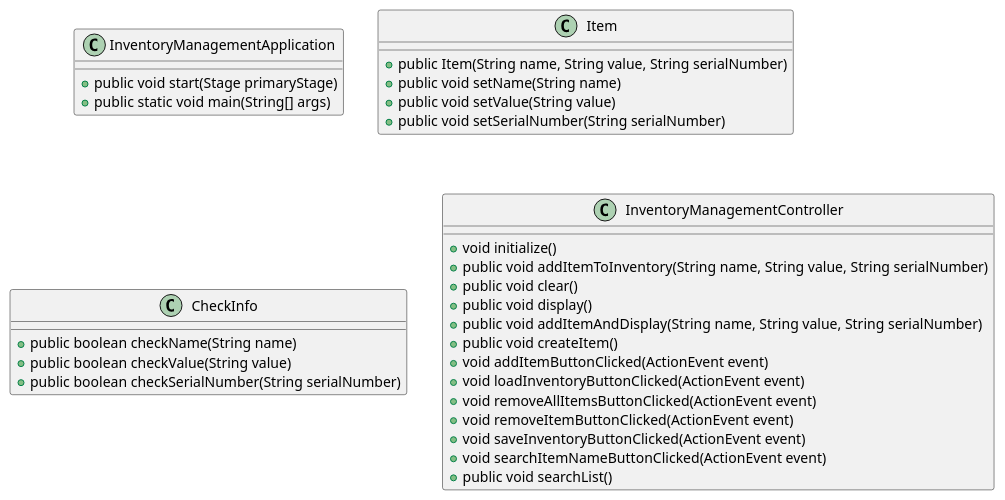
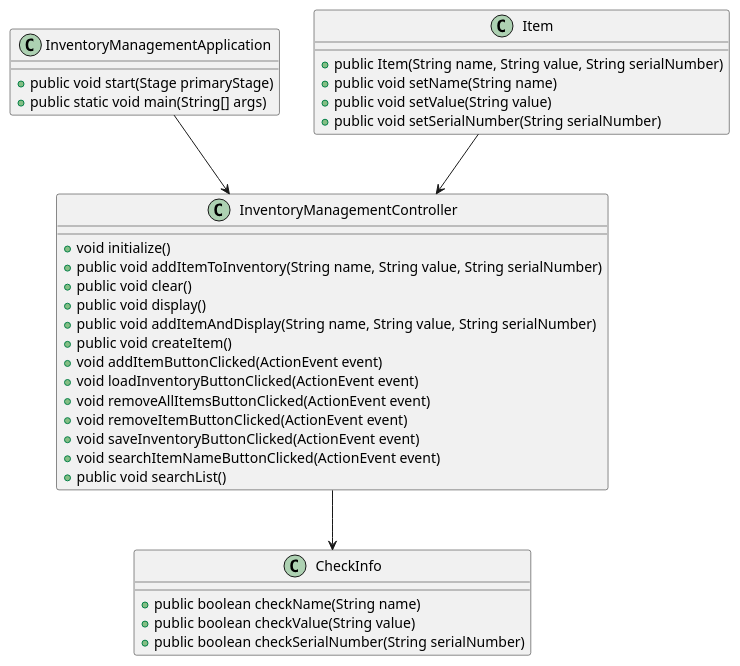
Before and after one commit to FareedAlly/Ally-app2: the diagram in docs/diagram.puml, drawn with PlantUML. The commit also changed 2 other files, not shown here.

```diff
--- a/docs/diagram.puml
+++ b/docs/diagram.puml
@@ -1,42 +1,46 @@
 @startuml
 
 class InventoryManagementApplication
 {
 +public void start(Stage primaryStage)
 +public static void main(String[] args)
 }
 
 class Item
 {
 +public Item(String name, String value, String serialNumber)
 +public void setName(String name)
 +public void setValue(String value)
 +public void setSerialNumber(String serialNumber)
 }
 
 class CheckInfo
 {
 +public boolean checkName(String name)
 +public boolean checkValue(String value)
 +public boolean checkSerialNumber(String serialNumber)
 }
 
 class InventoryManagementController
 {
 +void initialize()
 +public void addItemToInventory(String name, String value, String serialNumber)
 +public void clear()
 +public void display()
 +public void addItemAndDisplay(String name, String value, String serialNumber)
 +public void createItem()
 +void addItemButtonClicked(ActionEvent event)
 +void loadInventoryButtonClicked(ActionEvent event)
 +void removeAllItemsButtonClicked(ActionEvent event)
 +void removeItemButtonClicked(ActionEvent event)
 +void saveInventoryButtonClicked(ActionEvent event)
 +void searchItemNameButtonClicked(ActionEvent event)
 +public void searchList()
-
 }
 
+InventoryManagementApplication -->InventoryManagementController
+Item --> InventoryManagementController
+InventoryManagementController --> CheckInfo
+
+
 @enduml
```
